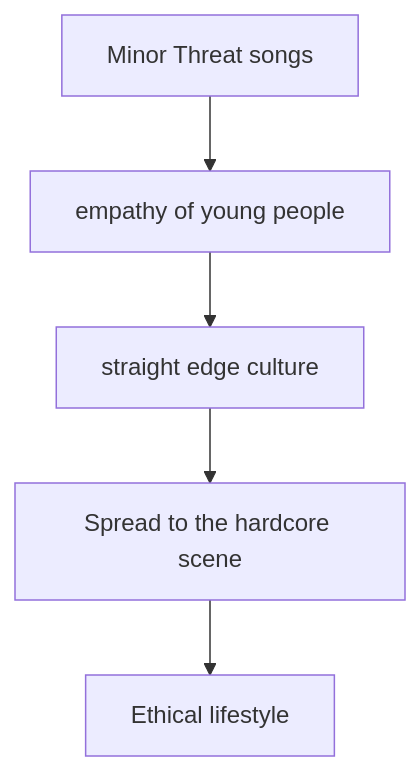
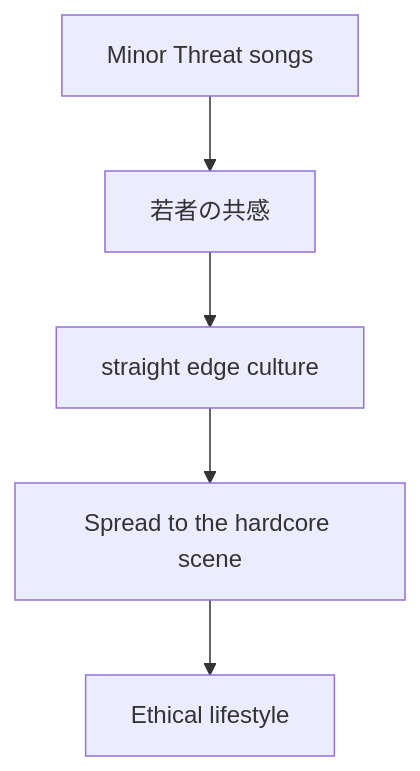
One commit to monumental-movement/monumental-movement.github.io changed the first of 2 diagrams in en/_posts/2026-06-13-column-vegan-straight-edge-music.md. Above: the diagram before and after it, drawn with Mermaid. The commit also changed other lines of this file and 2196 other files, not shown here.

```diff
--- a/en/_posts/2026-06-13-column-vegan-straight-edge-music.md
+++ b/en/_posts/2026-06-13-column-vegan-straight-edge-music.md
@@ -117,7 +117,7 @@
 <div class="mermaid">
 graph TD
-A[Minor Threat songs] --> B[empathy of young people]
+A[Minor Threat songs] --> B[若者の共感]
 B --> C[straight edge culture]
 C --> D[Spread to the hardcore scene]
 D --> E[Ethical lifestyle]
 </div>
```
